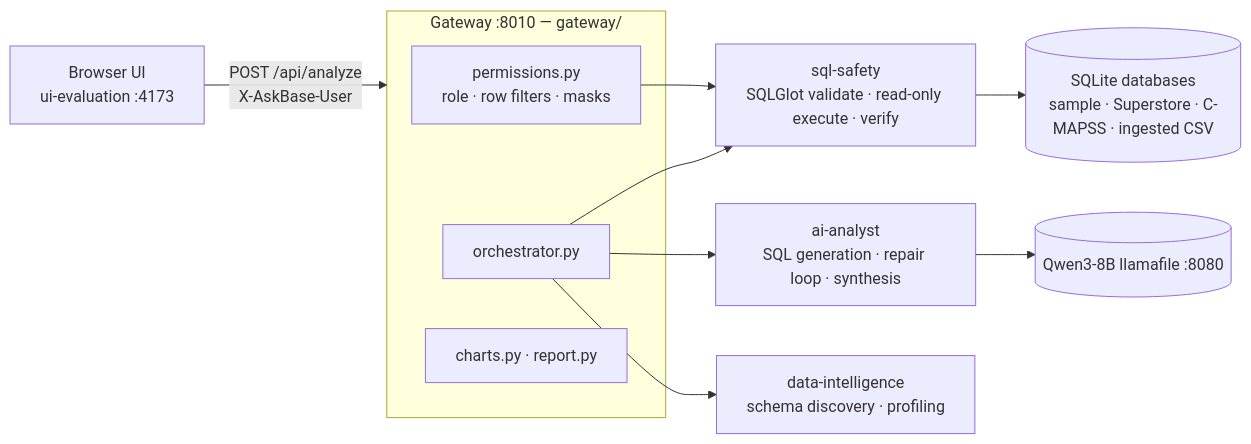
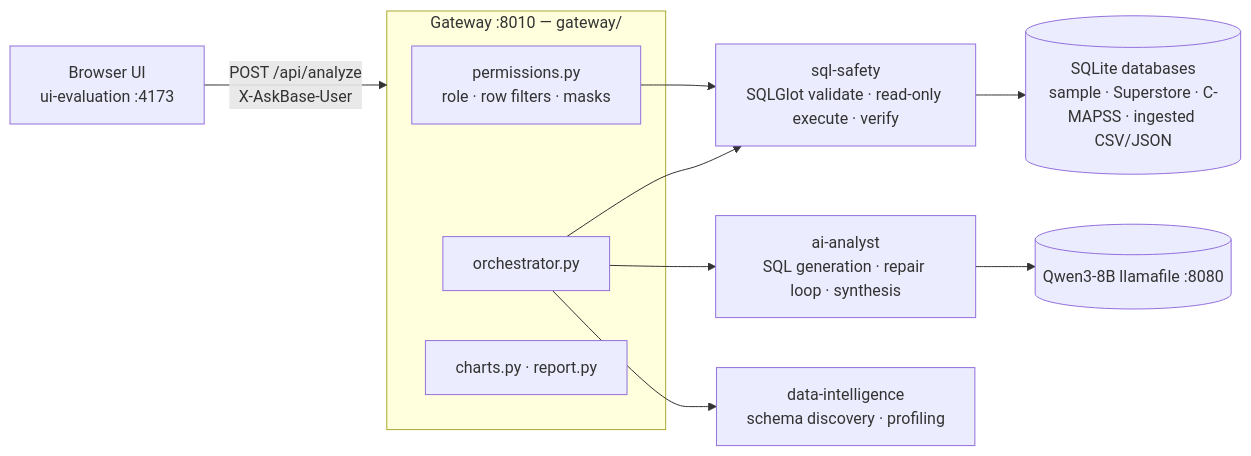
One commit to aadityajoshi01/AskBase changed the diagram in README.md. Above: the diagram before and after it, drawn with Mermaid. The commit also changed other lines of this file, not shown here.

Commit message:
Expand README: uniqueness, tech stack, accuracy, security, data sources, API envelope, roadmap

````diff
--- a/README.md
+++ b/README.md
@@ -60,17 +101,17 @@
 ```mermaid
 flowchart LR
     U[Browser UI<br/>ui-evaluation :4173] -->|POST /api/analyze<br/>X-AskBase-User| G
 
     subgraph G[Gateway :8010 — gateway/]
         P[permissions.py<br/>role · row filters · masks]
         O[orchestrator.py]
         C[charts.py · report.py]
     end
 
     O --> DI[data-intelligence<br/>schema discovery · profiling]
     O --> AI[ai-analyst<br/>SQL generation · repair loop · synthesis]
     AI --> LLM[(Qwen3-8B llamafile :8080)]
     O --> SS[sql-safety<br/>SQLGlot validate · read-only execute · verify]
     P --> SS
-    SS --> DB[(SQLite databases<br/>sample · Superstore · C-MAPSS · ingested CSV)]
+    SS --> DB[(SQLite databases<br/>sample · Superstore · C-MAPSS · ingested CSV/JSON)]
 ```
````
